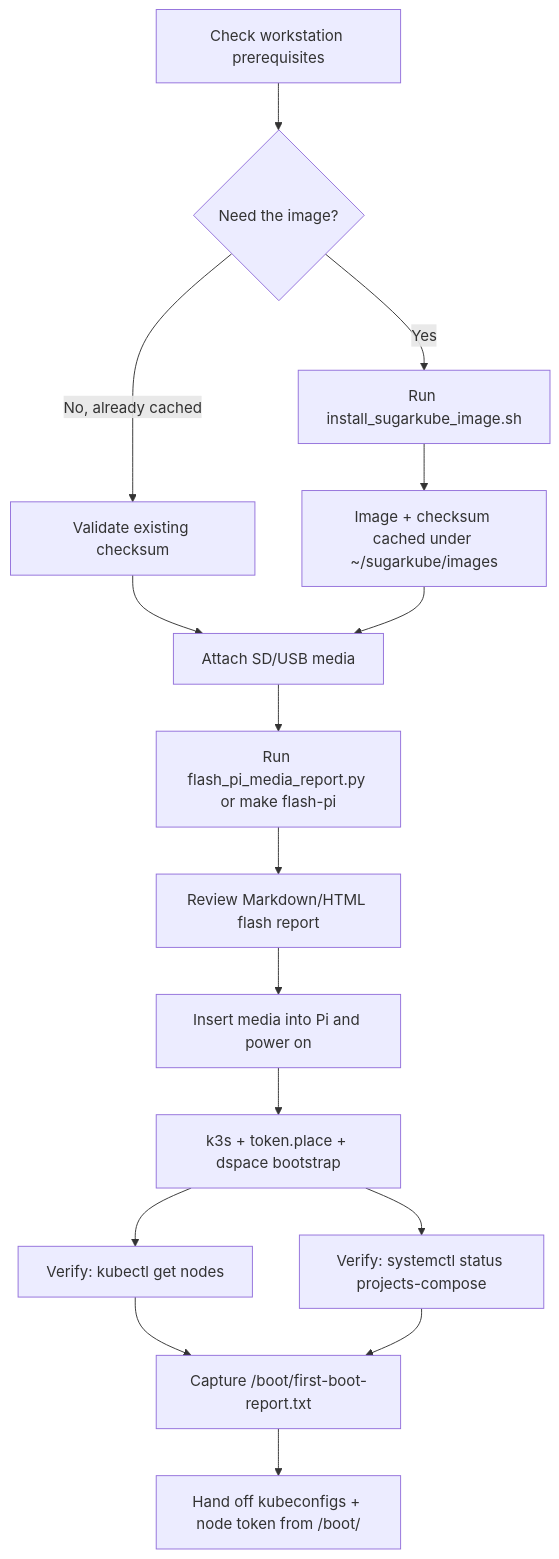
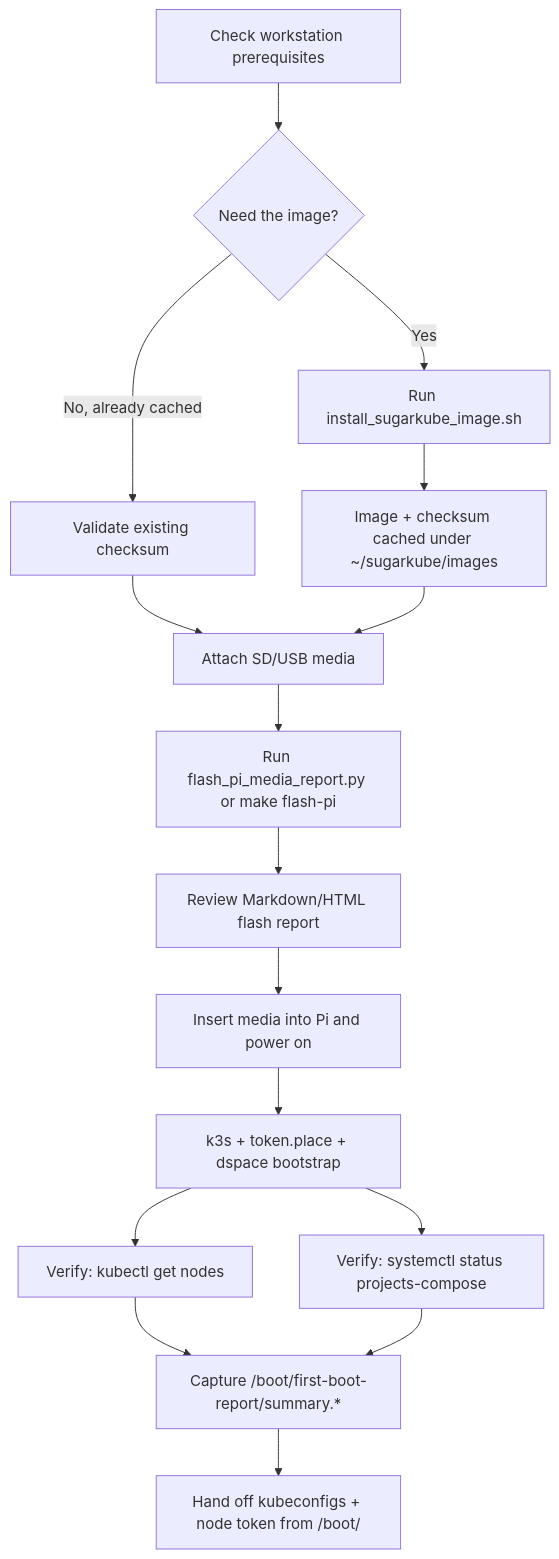
Before and after one commit to futuroptimist/sugarkube: the first of 2 diagrams in docs/pi_image_flowcharts.md, drawn with Mermaid. The commit also changed other lines of this file and 12 other files, not shown here.

Commit message:
✨ : – add first boot service automation

````diff
--- a/docs/pi_image_flowcharts.md
+++ b/docs/pi_image_flowcharts.md
@@ -9,18 +9,18 @@
 ```mermaid
 flowchart TD
     A[Check workstation prerequisites] --> B{Need the image?}
     B -- No, already cached --> C[Validate existing checksum]
     B -- Yes --> D[Run install_sugarkube_image.sh]
     D --> E[Image + checksum cached under ~/sugarkube/images]
     C --> F[Attach SD/USB media]
     E --> F
     F --> G[Run flash_pi_media_report.py or make flash-pi]
     G --> H[Review Markdown/HTML flash report]
     H --> I[Insert media into Pi and power on]
     I --> J[k3s + token.place + dspace bootstrap]
     J --> K[Verify: kubectl get nodes]
     J --> L[Verify: systemctl status projects-compose]
-    K --> M[Capture /boot/first-boot-report.txt]
+    K --> M[Capture /boot/first-boot-report/summary.*]
     L --> M
     M --> N[Hand off kubeconfigs + node token from /boot/]
 ```
````
